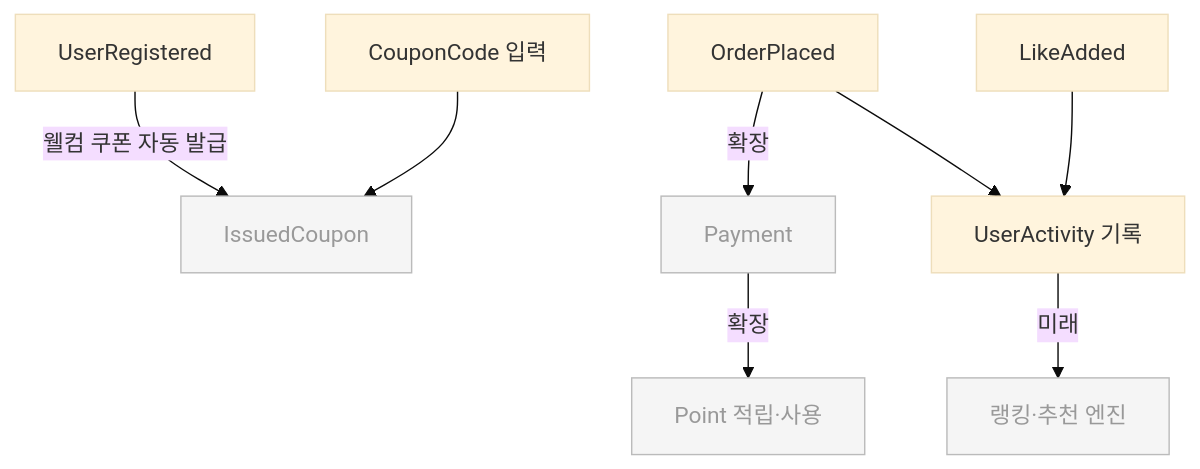
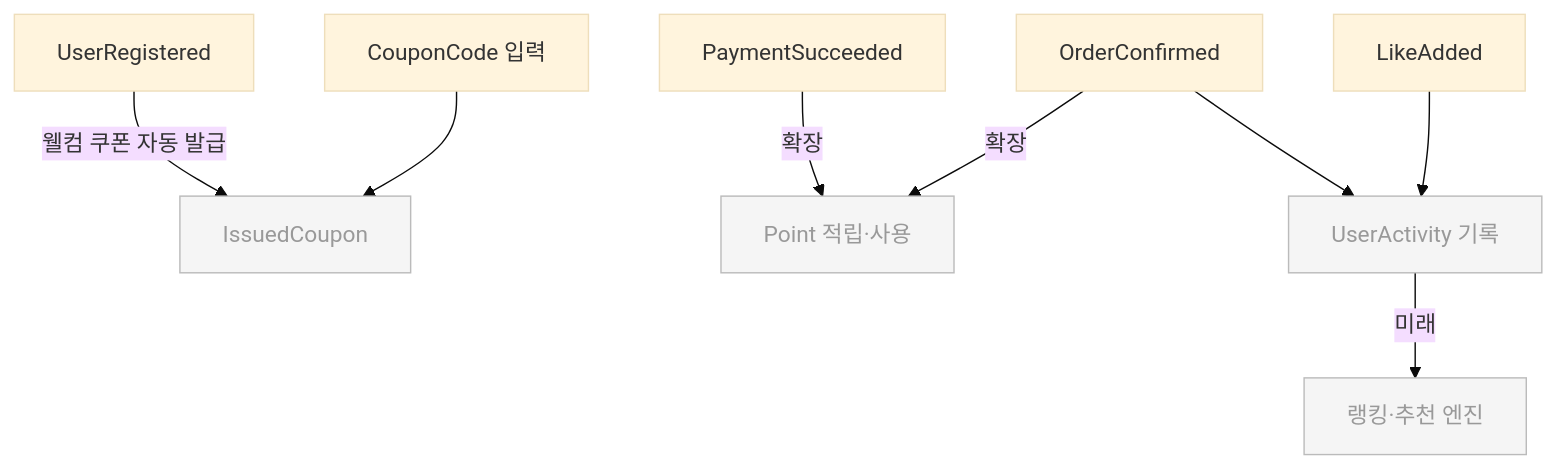
One commit to loopers-labs/loop-pack-be-l2-vol4-java changed the second of 12 diagrams in .docs/design/00-domain-spec.md. Above: the diagram before and after it, drawn with Mermaid (base theme). The commit also changed other lines of this file and 8 other files, not shown here.

````diff
--- a/.docs/design/00-domain-spec.md
+++ b/.docs/design/00-domain-spec.md
@@ -254,15 +315,15 @@
 ```mermaid
 graph TD
     MR[UserRegistered] -->|웰컴 쿠폰 자동 발급| IC[IssuedCoupon]
     CC[CouponCode 입력] --> IC
-    OP[OrderPlaced] -->|확장| PAY[Payment]
-    PAY -->|확장| PT[Point 적립·사용]
+    PS[PaymentSucceeded] -->|확장| PT[Point 적립·사용]
+    OC[OrderConfirmed] -->|확장| PT
     LA[LikeAdded] --> UA[UserActivity 기록]
-    OP --> UA
+    OC --> UA
     UA -->|미래| RANK[랭킹·추천 엔진]
 
-    style PAY fill:#f5f5f5,stroke:#bbb,color:#999
     style PT fill:#f5f5f5,stroke:#bbb,color:#999
     style IC fill:#f5f5f5,stroke:#bbb,color:#999
     style RANK fill:#f5f5f5,stroke:#bbb,color:#999
+    style UA fill:#f5f5f5,stroke:#bbb,color:#999
 ```
````
